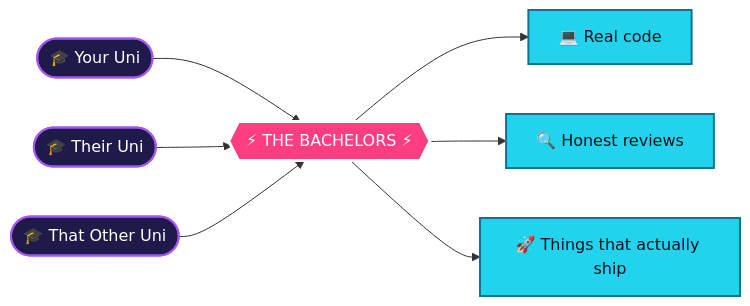
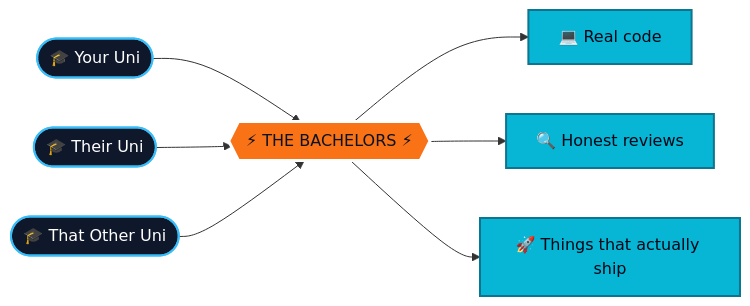
One commit to The-Bachelors/Community changed the first of 2 diagrams in README.md. Above: the diagram before and after it, drawn with Mermaid. The commit also changed other lines of this file, not shown here.

````diff
--- a/README.md
+++ b/README.md
@@ -37,16 +37,16 @@
 ```mermaid
 flowchart LR
     U1(["🎓 Your Uni"]) --> B{{"⚡ THE BACHELORS ⚡"}}
     U2(["🎓 Their Uni"]) --> B
     U3(["🎓 That Other Uni"]) --> B
     B --> C["💻 Real code"]
     B --> D["🔍 Honest reviews"]
     B --> E["🚀 Things that actually ship"]
 
-    classDef uni fill:#1e1b4b,stroke:#a855f7,color:#fff,stroke-width:2px;
-    classDef core fill:#ff3d81,stroke:#fff,color:#fff,stroke-width:3px;
-    classDef out fill:#22d3ee,stroke:#0e7490,color:#0b1020,stroke-width:2px;
+    classDef uni fill:#0f172a,stroke:#38bdf8,color:#fff,stroke-width:2px;
+    classDef core fill:#f97316,stroke:#fff,color:#0b1220,stroke-width:3px;
+    classDef out fill:#06b6d4,stroke:#0e7490,color:#020617,stroke-width:2px;
     class U1,U2,U3 uni;
     class B core;
     class C,D,E out;
 ```
````
